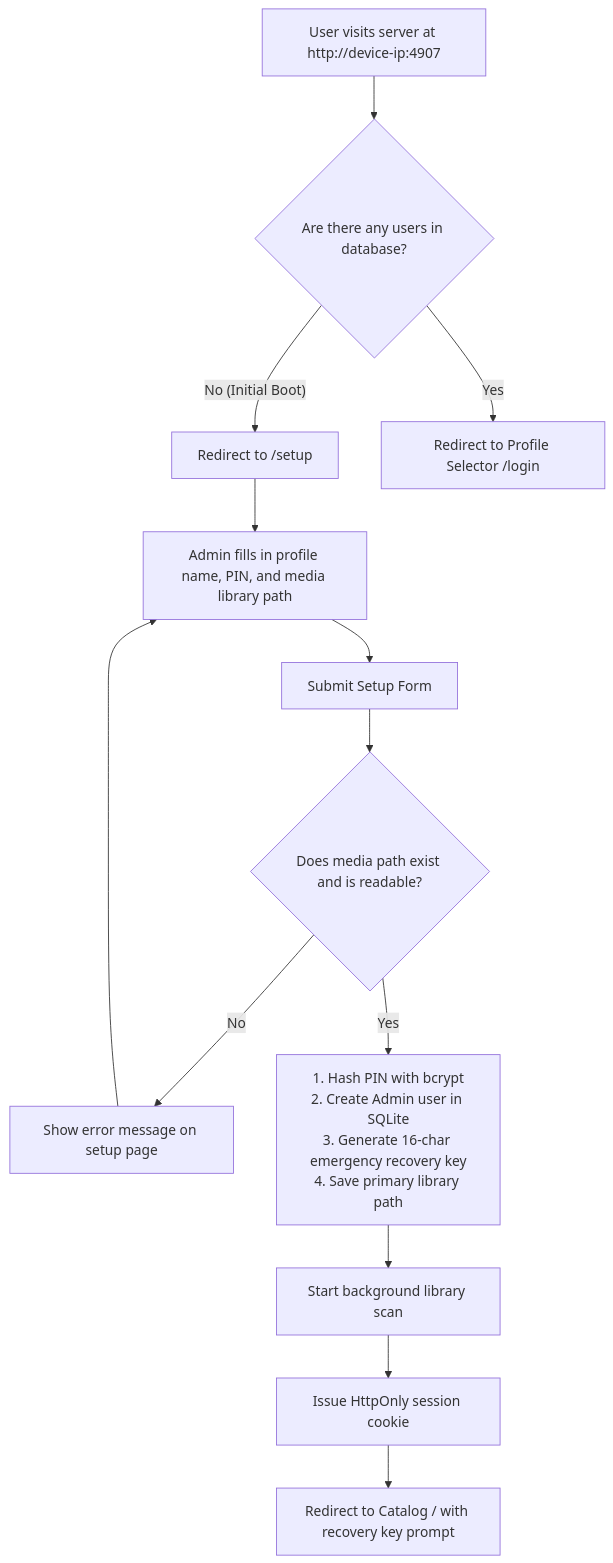
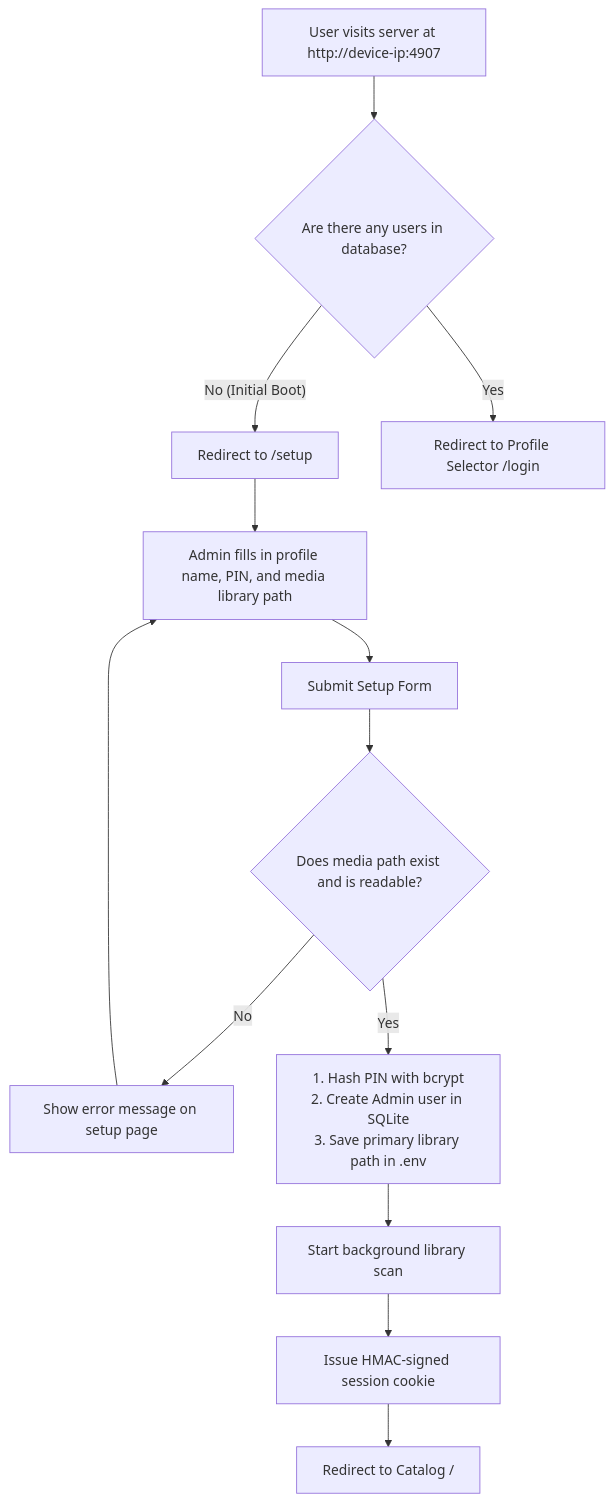
Before and after one commit to WesleyEsq/Flan-Media-Server: the first of 5 diagrams in docs/diagrams/user-flows.md, drawn with Mermaid. The commit also changed other lines of this file and 6 other files, not shown here.

````diff
--- a/docs/diagrams/user-flows.md
+++ b/docs/diagrams/user-flows.md
@@ -11,18 +11,18 @@
 ```mermaid
 flowchart TD
     Start["User visits server at http://device-ip:4907"] --> CheckDB{"Are there any users in database?"}
     CheckDB -- "No (Initial Boot)" --> RedirectSetup["Redirect to /setup"]
     CheckDB -- "Yes" --> ShowLogin["Redirect to Profile Selector /login"]
 
     RedirectSetup --> Form["Admin fills in profile name, PIN, and media library path"]
     Form --> Submit["Submit Setup Form"]
 
     Submit --> ValidatePath{"Does media path exist and is readable?"}
     ValidatePath -- "No" --> Error["Show error message on setup page"]
     Error --> Form
 
-    ValidatePath -- "Yes" --> CreateAdmin["1. Hash PIN with bcrypt<br/>2. Create Admin user in SQLite<br/>3. Generate 16-char emergency recovery key<br/>4. Save primary library path"]
+    ValidatePath -- "Yes" --> CreateAdmin["1. Hash PIN with bcrypt<br/>2. Create Admin user in SQLite<br/>3. Save primary library path in .env"]
     CreateAdmin --> StartScan["Start background library scan"]
-    StartScan --> IssueSession["Issue HttpOnly session cookie"]
-    IssueSession --> Catalog["Redirect to Catalog / with recovery key prompt"]
+    StartScan --> IssueSession["Issue HMAC-signed session cookie"]
+    IssueSession --> Catalog["Redirect to Catalog /"]
 ```
````
